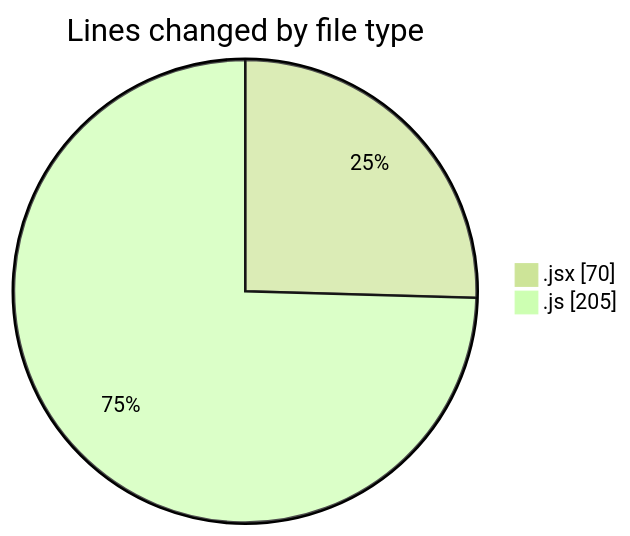
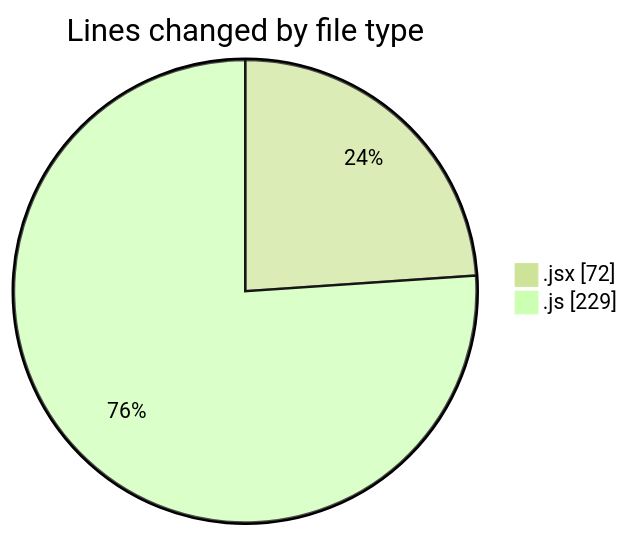
The first of 2 diagrams in 2025-12-14/nxtqube_webapp/README.md (nxtqubesakshisongat/code-tracking), drawn with Mermaid (forest theme) before and after one commit. The commit also changed other lines of this file and 1 other file, not shown here.

````diff
--- a/2025-12-14/nxtqube_webapp/README.md
+++ b/2025-12-14/nxtqube_webapp/README.md
@@ -22,6 +22,6 @@
 ```mermaid
 pie showData
 title Lines changed by file type
-".jsx" : 70
-".js" : 205
+".jsx" : 72
+".js" : 229
 ```
````
